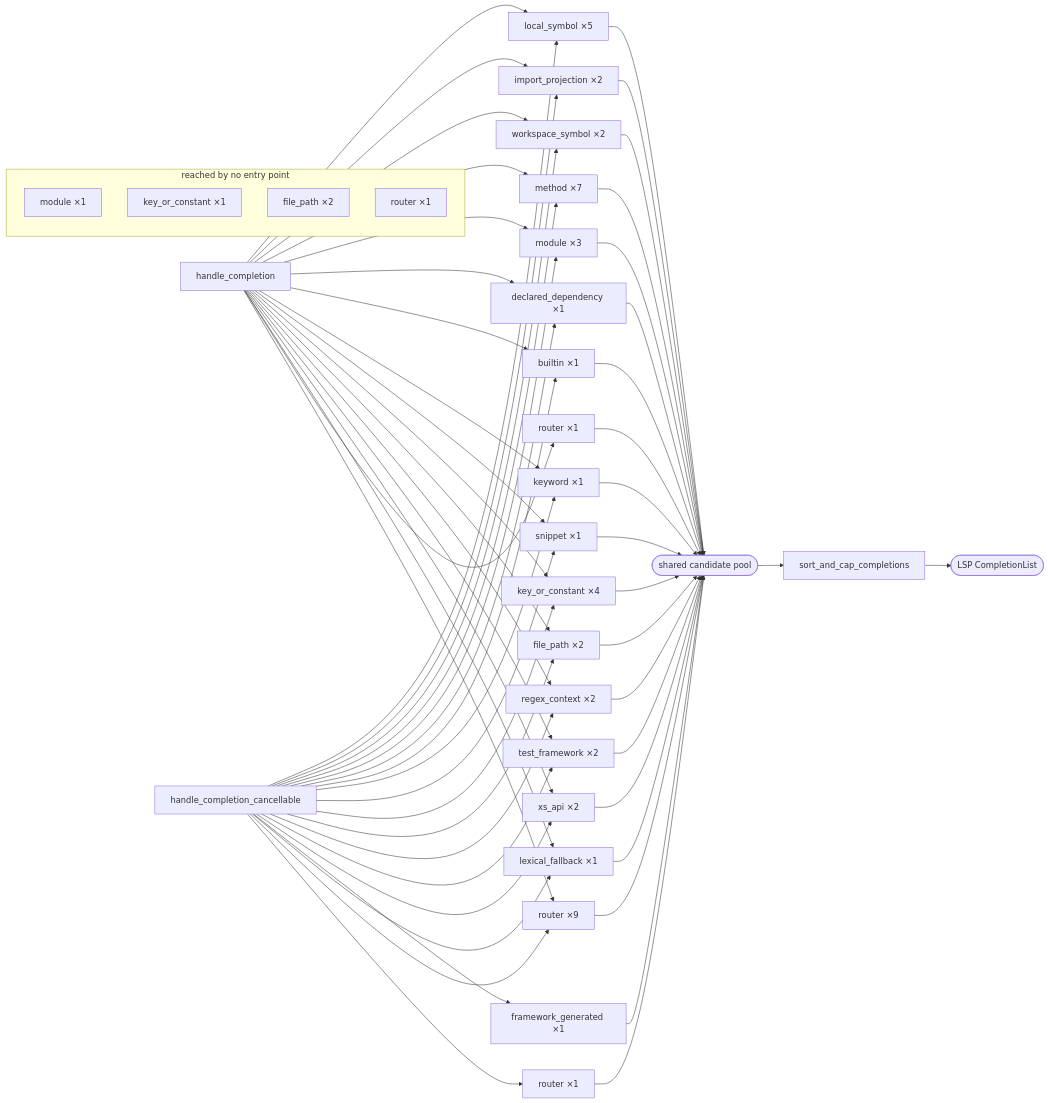
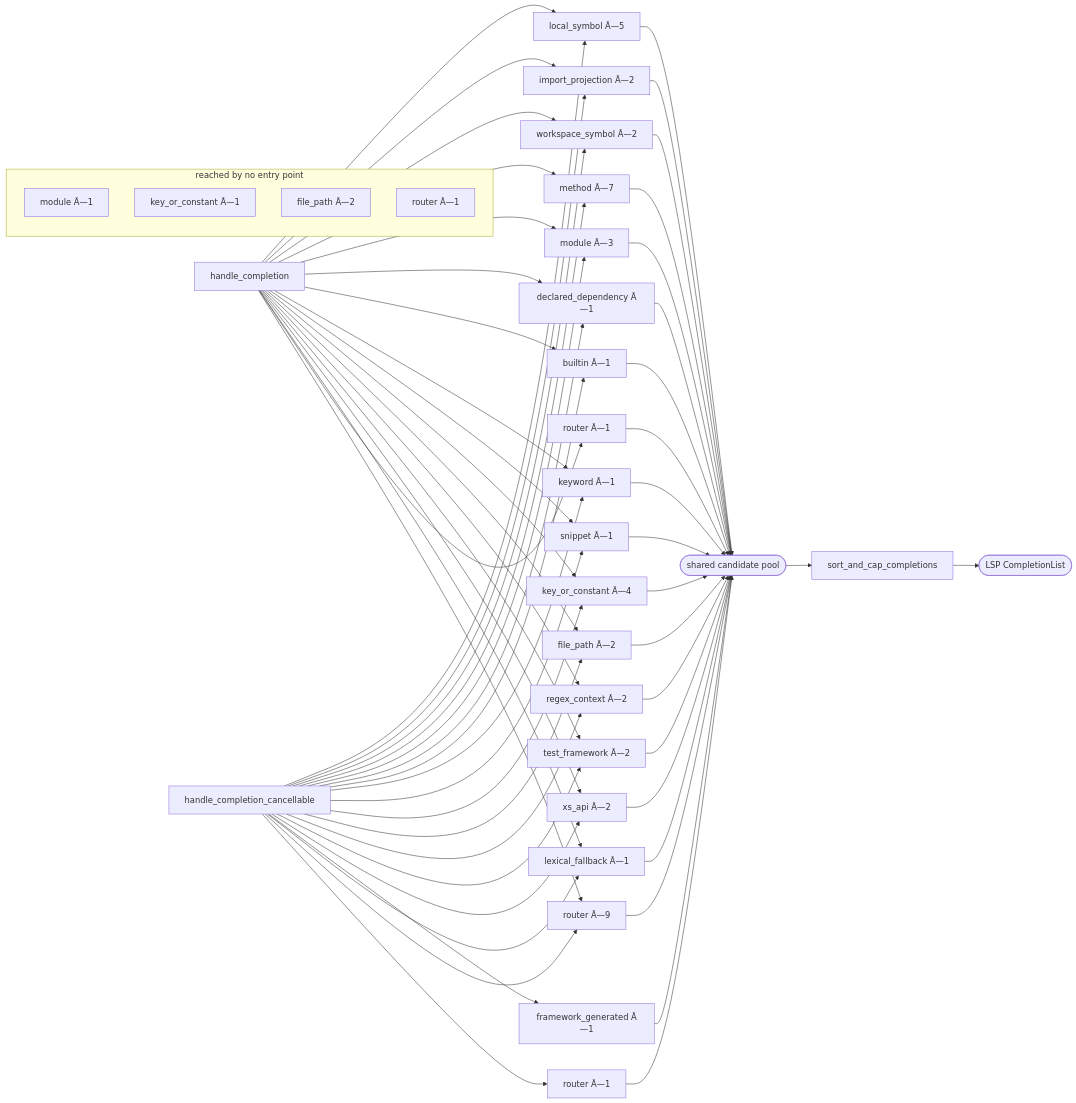
The diagram in docs/architecture/completion-candidate-producers.md (EffortlessMetrics/perl-lsp-swarm), drawn with Mermaid before and after one commit. The commit also changed other lines of this file and 5 other files, not shown here.

````diff
--- a/docs/architecture/completion-candidate-producers.md
+++ b/docs/architecture/completion-candidate-producers.md
@@ -166,85 +166,85 @@
   pool(["shared candidate pool"])
   final["sort_and_cap_completions"]
   wire(["LSP CompletionList"])
-  nlocal_symbol_handle_completion_handle_completion_cancellable["local_symbol ×5"]
+  nlocal_symbol_handle_completion_handle_completion_cancellable["local_symbol Ã—5"]
   nhandle_completion --> nlocal_symbol_handle_completion_handle_completion_cancellable
   nhandle_completion_cancellable --> nlocal_symbol_handle_completion_handle_completion_cancellable
   nlocal_symbol_handle_completion_handle_completion_cancellable --> pool
-  nimport_projection_handle_completion_handle_completion_cancellable["import_projection ×2"]
+  nimport_projection_handle_completion_handle_completion_cancellable["import_projection Ã—2"]
   nhandle_completion --> nimport_projection_handle_completion_handle_completion_cancellable
   nhandle_completion_cancellable --> nimport_projection_handle_completion_handle_completion_cancellable
   nimport_projection_handle_completion_handle_completion_cancellable --> pool
-  nworkspace_symbol_handle_completion_handle_completion_cancellable["workspace_symbol ×2"]
+  nworkspace_symbol_handle_completion_handle_completion_cancellable["workspace_symbol Ã—2"]
   nhandle_completion --> nworkspace_symbol_handle_completion_handle_completion_cancellable
   nhandle_completion_cancellable --> nworkspace_symbol_handle_completion_handle_completion_cancellable
   nworkspace_symbol_handle_completion_handle_completion_cancellable --> pool
-  nmethod_handle_completion_handle_completion_cancellable["method ×7"]
+  nmethod_handle_completion_handle_completion_cancellable["method Ã—7"]
   nhandle_completion --> nmethod_handle_completion_handle_completion_cancellable
   nhandle_completion_cancellable --> nmethod_handle_completion_handle_completion_cancellable
   nmethod_handle_completion_handle_completion_cancellable --> pool
-  nmodule_handle_completion_handle_completion_cancellable["module ×3"]
+  nmodule_handle_completion_handle_completion_cancellable["module Ã—3"]
   nhandle_completion --> nmodule_handle_completion_handle_completion_cancellable
   nhandle_completion_cancellable --> nmodule_handle_completion_handle_completion_cancellable
   nmodule_handle_completion_handle_completion_cancellable --> pool
-  ndeclared_dependency_handle_completion_handle_completion_cancellable["declared_dependency ×1"]
+  ndeclared_dependency_handle_completion_handle_completion_cancellable["declared_dependency Ã—1"]
   nhandle_completion --> ndeclared_dependency_handle_completion_handle_completion_cancellable
   nhandle_completion_cancellable --> ndeclared_dependency_handle_completion_handle_completion_cancellable
   ndeclared_dependency_handle_completion_handle_completion_cancellable --> pool
-  nbuiltin_handle_completion_handle_completion_cancellable["builtin ×1"]
+  nbuiltin_handle_completion_handle_completion_cancellable["builtin Ã—1"]
   nhandle_completion --> nbuiltin_handle_completion_handle_completion_cancellable
   nhandle_completion_cancellable --> nbuiltin_handle_completion_handle_completion_cancellable
   nbuiltin_handle_completion_handle_completion_cancellable --> pool
-  nkeyword_handle_completion_handle_completion_cancellable["keyword ×1"]
+  nkeyword_handle_completion_handle_completion_cancellable["keyword Ã—1"]
   nhandle_completion --> nkeyword_handle_completion_handle_completion_cancellable
   nhandle_completion_cancellable --> nkeyword_handle_completion_handle_completion_cancellable
   nkeyword_handle_completion_handle_completion_cancellable --> pool
-  nsnippet_handle_completion_handle_completion_cancellable["snippet ×1"]
+  nsnippet_handle_completion_handle_completion_cancellable["snippet Ã—1"]
   nhandle_completion --> nsnippet_handle_completion_handle_completion_cancellable
   nhandle_completion_cancellable --> nsnippet_handle_completion_handle_completion_cancellable
   nsnippet_handle_completion_handle_completion_cancellable --> pool
-  nkey_or_constant_handle_completion_handle_completion_cancellable["key_or_constant ×4"]
+  nkey_or_constant_handle_completion_handle_completion_cancellable["key_or_constant Ã—4"]
   nhandle_completion --> nkey_or_constant_handle_completion_handle_completion_cancellable
   nhandle_completion_cancellable --> nkey_or_constant_handle_completion_handle_completion_cancellable
   nkey_or_constant_handle_completion_handle_completion_cancellable --> pool
-  nfile_path_handle_completion_handle_completion_cancellable["file_path ×2"]
+  nfile_path_handle_completion_handle_completion_cancellable["file_path Ã—2"]
   nhandle_completion --> nfile_path_handle_completion_handle_completion_cancellable
   nhandle_completion_cancellable --> nfile_path_handle_completion_handle_completion_cancellable
   nfile_path_handle_completion_handle_completion_cancellable --> pool
-  nregex_context_handle_completion_handle_completion_cancellable["regex_context ×2"]
+  nregex_context_handle_completion_handle_completion_cancellable["regex_context Ã—2"]
   nhandle_completion --> nregex_context_handle_completion_handle_completion_cancellable
   nhandle_completion_cancellable --> nregex_context_handle_completion_handle_completion_cancellable
   nregex_context_handle_completion_handle_completion_cancellable --> pool
-  ntest_framework_handle_completion_handle_completion_cancellable["test_framework ×2"]
+  ntest_framework_handle_completion_handle_completion_cancellable["test_framework Ã—2"]
   nhandle_completion --> ntest_framework_handle_completion_handle_completion_cancellable
   nhandle_completion_cancellable --> ntest_framework_handle_completion_handle_completion_cancellable
   ntest_framework_handle_completion_handle_completion_cancellable --> pool
-  nxs_api_handle_completion_handle_completion_cancellable["xs_api ×2"]
+  nxs_api_handle_completion_handle_completion_cancellable["xs_api Ã—2"]
   nhandle_completion --> nxs_api_handle_completion_handle_completion_cancellable
   nhandle_completion_cancellable --> nxs_api_handle_completion_handle_completion_cancellable
   nxs_api_handle_completion_handle_completion_cancellable --> pool
-  nframework_generated_handle_completion_cancellable["framework_generated ×1"]
+  nframework_generated_handle_completion_cancellable["framework_generated Ã—1"]
   nhandle_completion_cancellable --> nframework_generated_handle_completion_cancellable
   nframework_generated_handle_completion_cancellable --> pool
-  nlexical_fallback_handle_completion_handle_completion_cancellable["lexical_fallback ×1"]
+  nlexical_fallback_handle_completion_handle_completion_cancellable["lexical_fallback Ã—1"]
   nhandle_completion --> nlexical_fallback_handle_completion_handle_completion_cancellable
   nhandle_completion_cancellable --> nlexical_fallback_handle_completion_handle_completion_cancellable
   nlexical_fallback_handle_completion_handle_completion_cancellable --> pool
-  nrouter_handle_completion["router ×1"]
+  nrouter_handle_completion["router Ã—1"]
   nhandle_completion --> nrouter_handle_completion
   nrouter_handle_completion --> pool
-  nrouter_handle_completion_handle_completion_cancellable["router ×9"]
+  nrouter_handle_completion_handle_completion_cancellable["router Ã—9"]
   nhandle_completion --> nrouter_handle_completion_handle_completion_cancellable
   nhandle_completion_cancellable --> nrouter_handle_completion_handle_completion_cancellable
   nrouter_handle_completion_handle_completion_cancellable --> pool
-  nrouter_handle_completion_cancellable["router ×1"]
+  nrouter_handle_completion_cancellable["router Ã—1"]
   nhandle_completion_cancellable --> nrouter_handle_completion_cancellable
   nrouter_handle_completion_cancellable --> pool
   pool --> final
   final --> wire
   subgraph unreached ["reached by no entry point"]
-    nunreached_module["module ×1"]
-    nunreached_key_or_constant["key_or_constant ×1"]
-    nunreached_file_path["file_path ×2"]
-    nunreached_router["router ×1"]
+    nunreached_module["module Ã—1"]
+    nunreached_key_or_constant["key_or_constant Ã—1"]
+    nunreached_file_path["file_path Ã—2"]
+    nunreached_router["router Ã—1"]
   end
 ```
````
